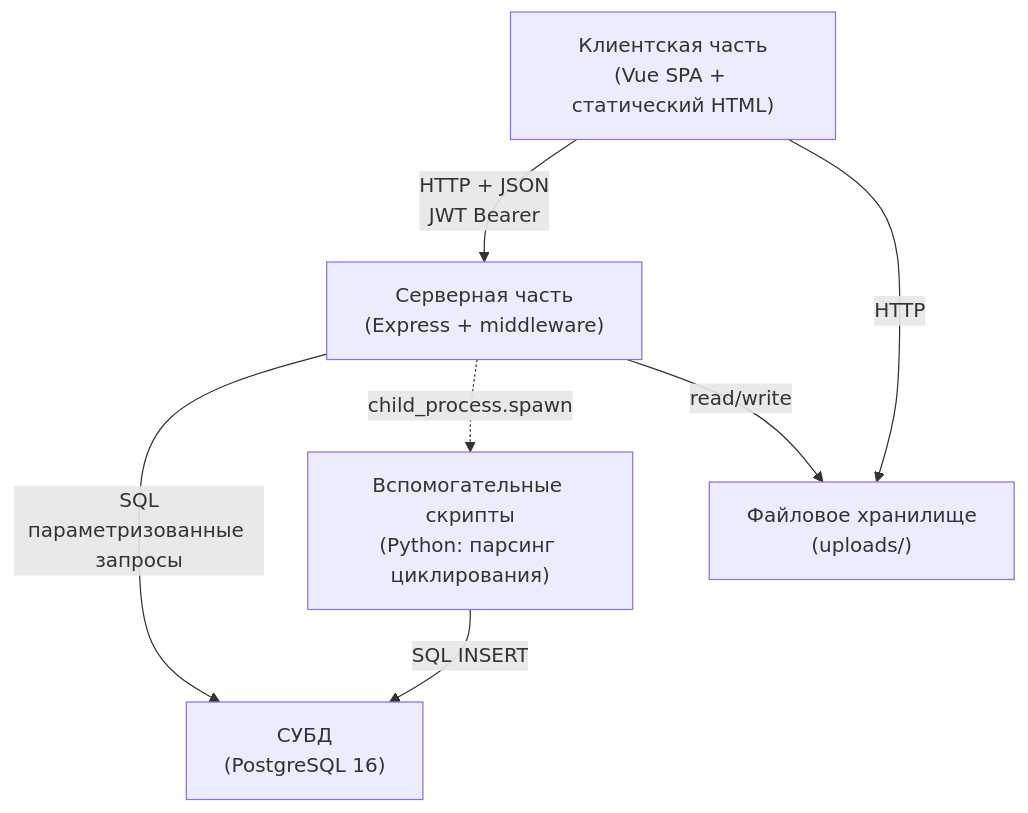
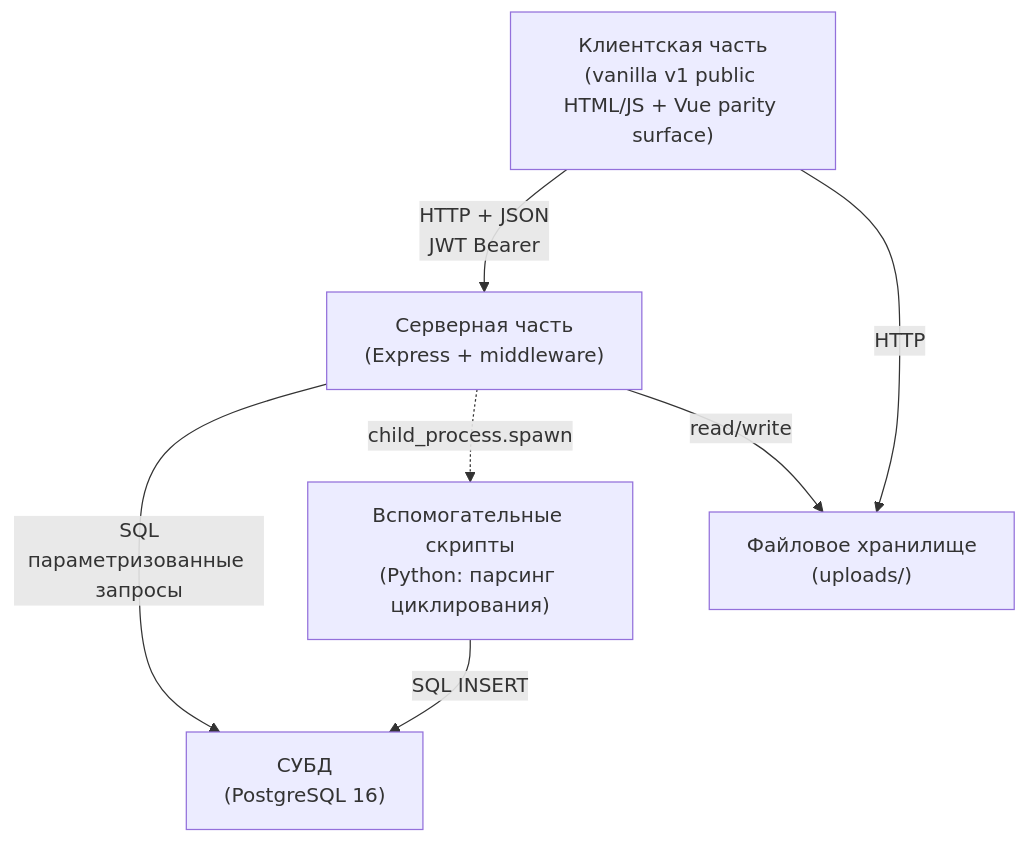
Before and after one commit to chem-coder/BADB---Battery-Assembly-Database: the first of 15 diagrams in Документация ЕСПД/03. Пояснительная записка.md, drawn with Mermaid. The commit also changed other lines of this file and 8 other files, not shown here.

````diff
--- a/Документация ЕСПД/03. Пояснительная записка.md
+++ b/Документация ЕСПД/03. Пояснительная записка.md
@@ -158,15 +159,15 @@
 ```mermaid
 flowchart TD
-    Client["Клиентская часть<br/>(Vue SPA + статический HTML)"]
+    Client["Клиентская часть<br/>(vanilla v1 public HTML/JS + Vue parity surface)"]
     API["Серверная часть<br/>(Express + middleware)"]
     DB["СУБД<br/>(PostgreSQL 16)"]
     Python["Вспомогательные скрипты<br/>(Python: парсинг циклирования)"]
     Files["Файловое хранилище<br/>(uploads/)"]
     
     Client -->|HTTP + JSON<br/>JWT Bearer| API
     API -->|SQL<br/>параметризованные запросы| DB
     API -.->|child_process.spawn| Python
     Python -->|SQL INSERT| DB
     API -->|read/write| Files
     Client -->|HTTP| Files
 ```
````
